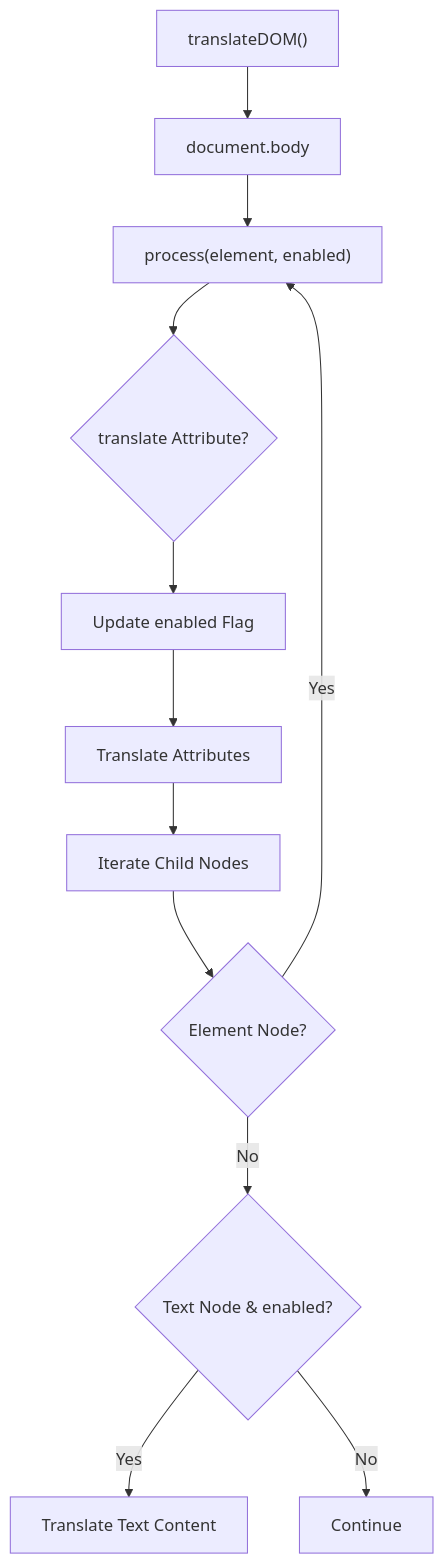
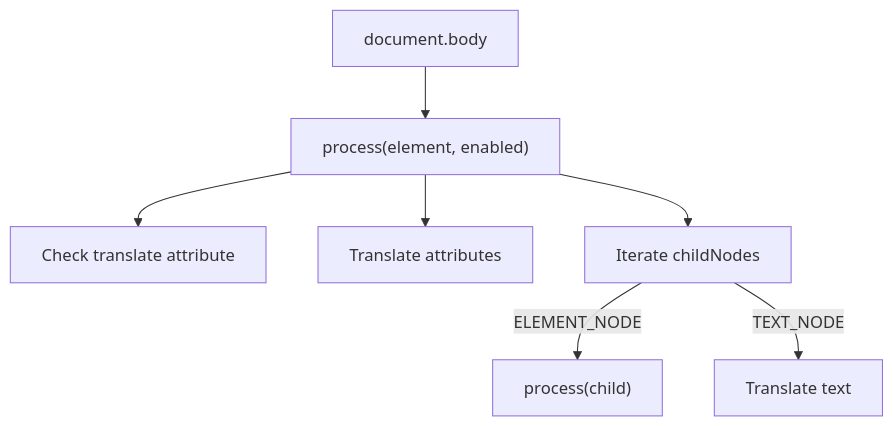
The fifth of 6 diagrams in docs/reference/architecture/localization/localization.md (Ylianst/MeshCentral), drawn with Mermaid before and after one commit. The commit also changed other lines of this file and 642 other files, not shown here.

````diff
--- a/docs/reference/architecture/localization/localization.md
+++ b/docs/reference/architecture/localization/localization.md
@@ -189,14 +194,9 @@
 ```mermaid
 flowchart TD
-    Start["translateDOM()"] --> Body["document.body"]
-    Body --> Process["process(element, enabled)"]
-    Process --> CheckAttr{"translate Attribute?"}
-    CheckAttr --> UpdateFlag["Update enabled Flag"]
-    UpdateFlag --> TranslateAttrs["Translate Attributes"]
-    TranslateAttrs --> IterateChildren["Iterate Child Nodes"]
-    IterateChildren --> ElementNode{"Element Node?"}
-    ElementNode -->|"Yes"| Process
-    ElementNode -->|"No"| TextNode{"Text Node & enabled?"}
-    TextNode -->|"Yes"| TranslateText["Translate Text Content"]
-    TextNode -->|"No"| Continue["Continue"]
+    Body["document.body"] --> Process["process(element, enabled)"]
+    Process --> CheckAttr["Check translate attribute"]
+    Process --> Attributes["Translate attributes"]
+    Process --> Children["Iterate childNodes"]
+    Children -->|"ELEMENT_NODE"| Recurse["process(child)"]
+    Children -->|"TEXT_NODE"| TranslateText["Translate text"]
 ```
````
